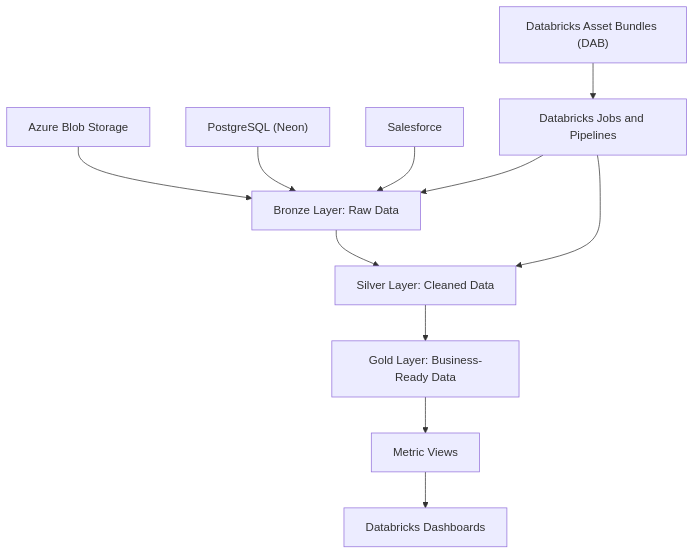
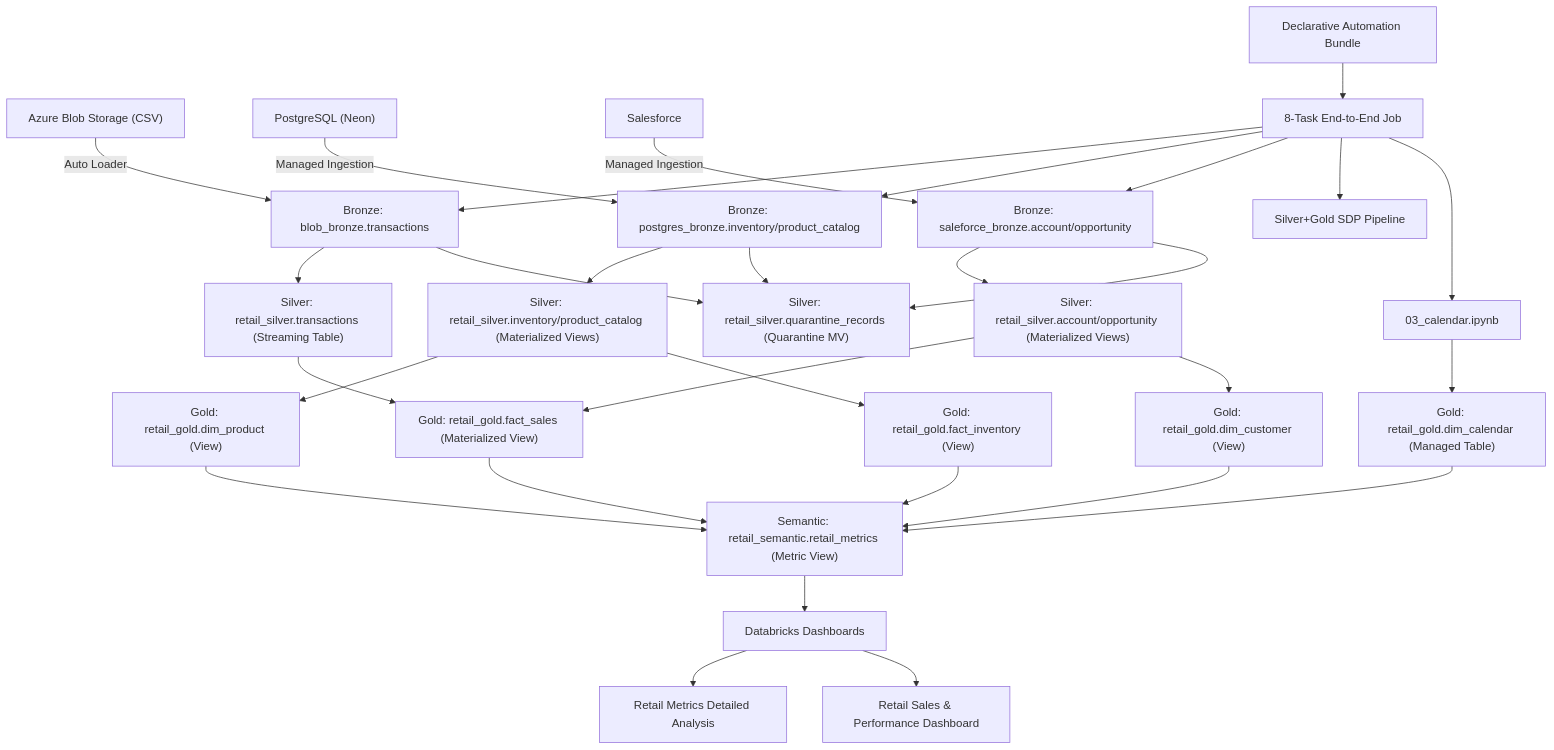
One commit to SahilSankeshwari/retailq_dab changed the diagram in README.md. Above: the diagram before and after it, drawn with Mermaid. The commit also changed other lines of this file and 8 other files, not shown here.

First line of the commit message:
Finalize RetailQ DAB production readiness and documentation

````diff
--- a/README.md
+++ b/README.md
@@ -22,15 +21,37 @@
 ```mermaid
 flowchart TD
-    A["Azure Blob Storage"] --> D["Bronze Layer: Raw Data"]
-    B["PostgreSQL (Neon)"] --> D
-    C["Salesforce"] --> D
+    A["Azure Blob Storage (CSV)"] -->|Auto Loader| B["Bronze: blob_bronze.transactions"]
+    B1["PostgreSQL (Neon)"] -->|Managed Ingestion| B2["Bronze: postgres_bronze.inventory/product_catalog"]
+    B3["Salesforce"] -->|Managed Ingestion| B4["Bronze: saleforce_bronze.account/opportunity"]
 
-    D --> E["Silver Layer: Cleaned Data"]
-    E --> F["Gold Layer: Business-Ready Data"]
-    F --> G["Metric Views"]
-    G --> H["Databricks Dashboards"]
+    B --> C["Silver: retail_silver.transactions (Streaming Table)"]
+    B2 --> D["Silver: retail_silver.inventory/product_catalog (Materialized Views)"]
+    B4 --> E["Silver: retail_silver.account/opportunity (Materialized Views)"]
+    B --> Q["Silver: retail_silver.quarantine_records (Quarantine MV)"]
+    B2 --> Q
+    B4 --> Q
 
-    I["Databricks Asset Bundles (DAB)"] --> J["Databricks Jobs and Pipelines"]
-    J --> D
-    J --> E
+    C --> F["Gold: retail_gold.fact_sales (Materialized View)"]
+    E --> F
+    D --> G["Gold: retail_gold.dim_product (View)"]
+    E --> H["Gold: retail_gold.dim_customer (View)"]
+    D --> I["Gold: retail_gold.fact_inventory (View)"]
+    NB["03_calendar.ipynb"] --> J["Gold: retail_gold.dim_calendar (Managed Table)"]
+
+    F --> K["Semantic: retail_semantic.retail_metrics (Metric View)"]
+    G --> K
+    H --> K
+    J --> K
+    I --> K
+
+    K --> L["Databricks Dashboards"]
+    L --> M["Retail Metrics Detailed Analysis"]
+    L --> N["Retail Sales & Performance Dashboard"]
+
+    DAB["Declarative Automation Bundle"] --> JOB["8-Task End-to-End Job"]
+    JOB --> B
+    JOB --> B2
+    JOB --> B4
+    JOB --> SDP["Silver+Gold SDP Pipeline"]
+    JOB --> NB
 ```
````
